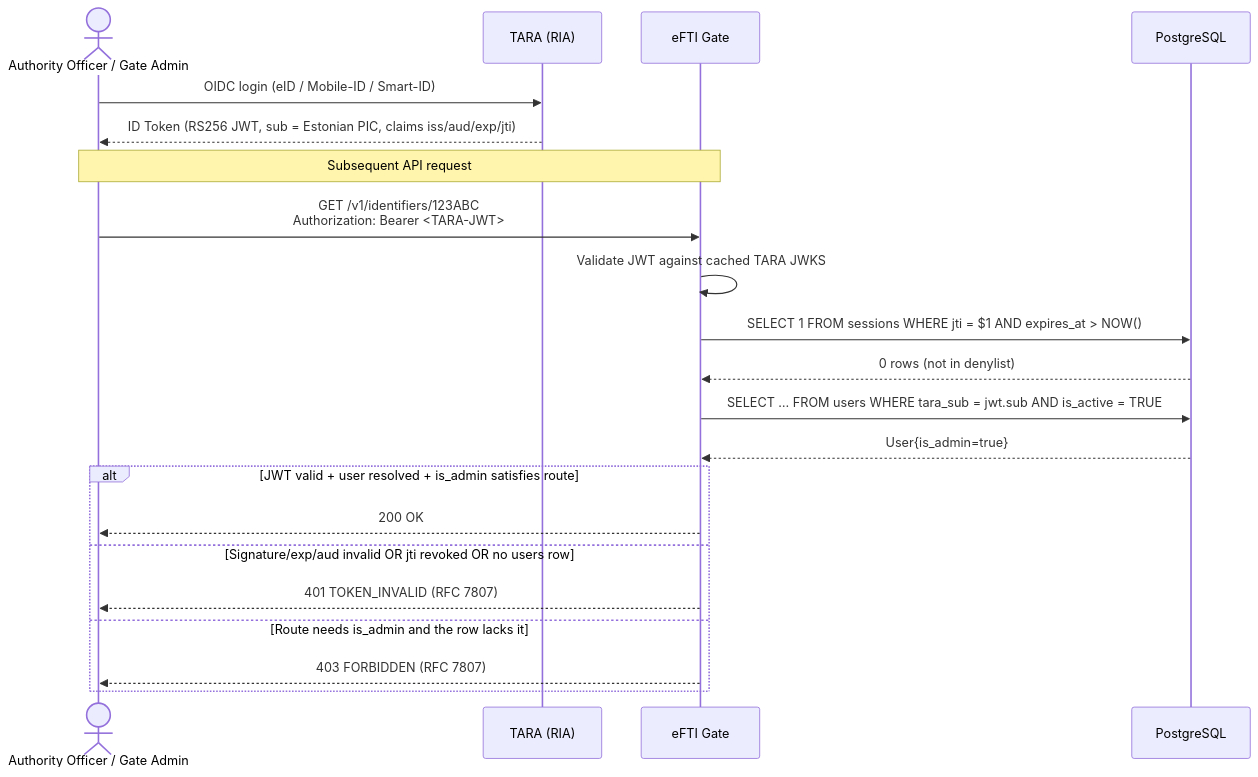
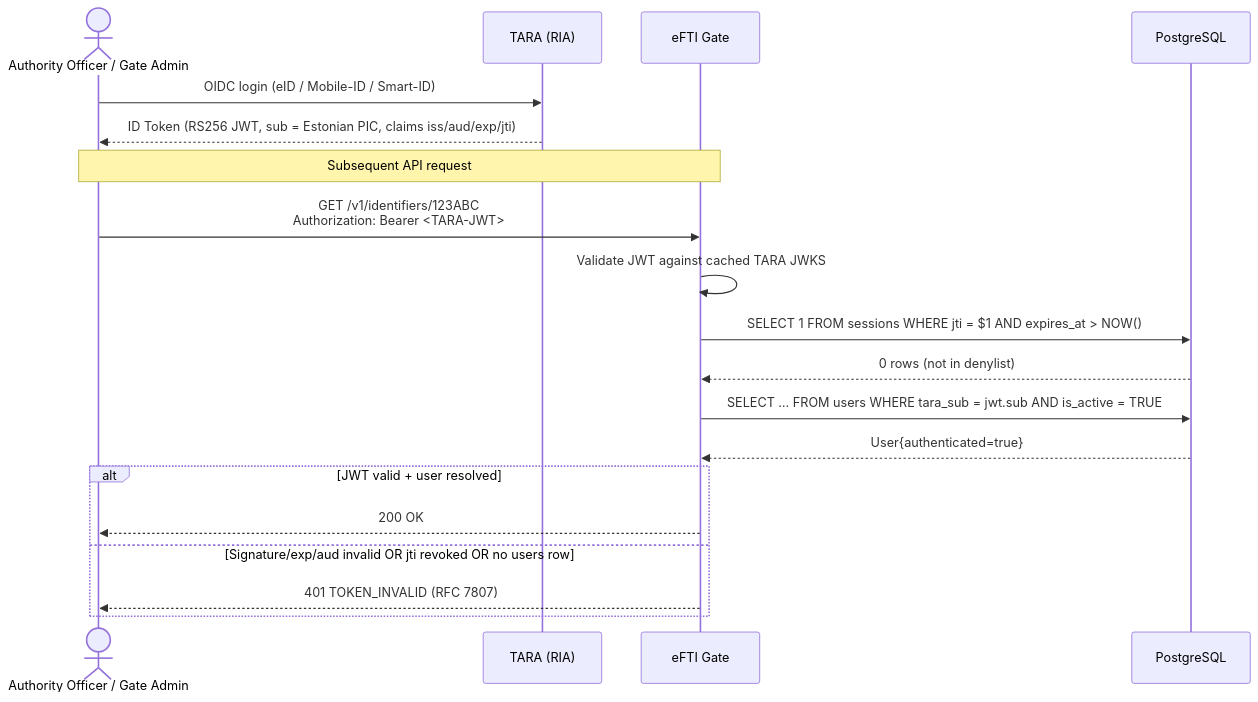
The third of 5 diagrams in docs/architecture/identity-and-access/authentication_and_access_flows.md (kemit-ee/efti-gate-ee), drawn with Mermaid before and after one commit. The commit also changed 49 other files, not shown here.

First line of the commit message:
remove is_admin from user

````diff
--- a/docs/architecture/identity-and-access/authentication_and_access_flows.md
+++ b/docs/architecture/identity-and-access/authentication_and_access_flows.md
@@ -53,26 +53,24 @@
 ```mermaid
 sequenceDiagram
     actor Officer as Authority Officer / Gate Admin
     participant TARA as TARA (RIA)
     participant Gate as eFTI Gate
     participant DB as PostgreSQL
 
     Officer->>TARA: OIDC login (eID / Mobile-ID / Smart-ID)
     TARA-->>Officer: ID Token (RS256 JWT, sub = Estonian PIC, claims iss/aud/exp/jti)
 
     Note over Officer,Gate: Subsequent API request
 
     Officer->>Gate: GET /v1/identifiers/123ABC<br/>Authorization: Bearer <TARA-JWT>
     Gate->>Gate: Validate JWT against cached TARA JWKS
     Gate->>DB: SELECT 1 FROM sessions WHERE jti = $1 AND expires_at > NOW()
     DB-->>Gate: 0 rows (not in denylist)
     Gate->>DB: SELECT … FROM users WHERE tara_sub = jwt.sub AND is_active = TRUE
-    DB-->>Gate: User{is_admin=true}
-    alt JWT valid + user resolved + is_admin satisfies route
+    DB-->>Gate: User{authenticated=true}
+    alt JWT valid + user resolved
         Gate-->>Officer: 200 OK
     else Signature/exp/aud invalid OR jti revoked OR no users row
         Gate-->>Officer: 401 TOKEN_INVALID (RFC 7807)
-    else Route needs is_admin and the row lacks it
-        Gate-->>Officer: 403 FORBIDDEN (RFC 7807)
     end
 ```
````
